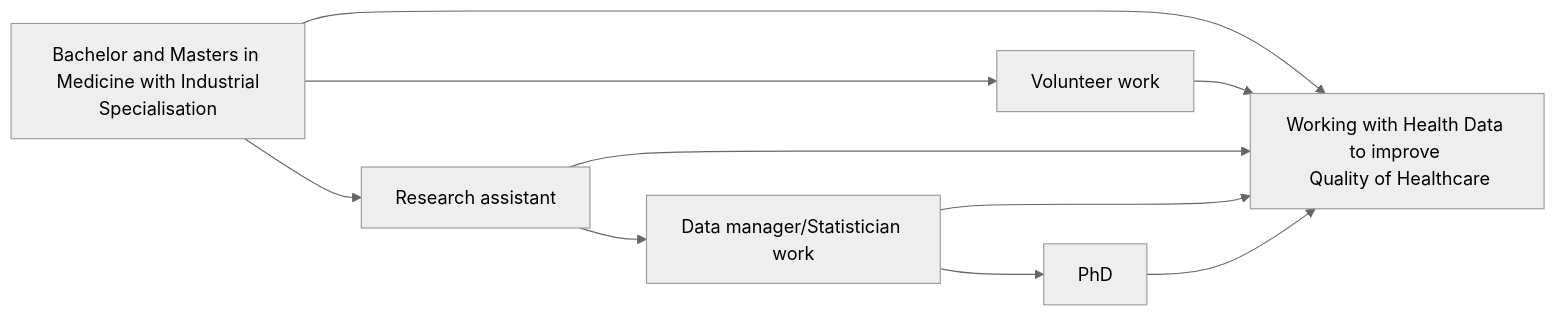
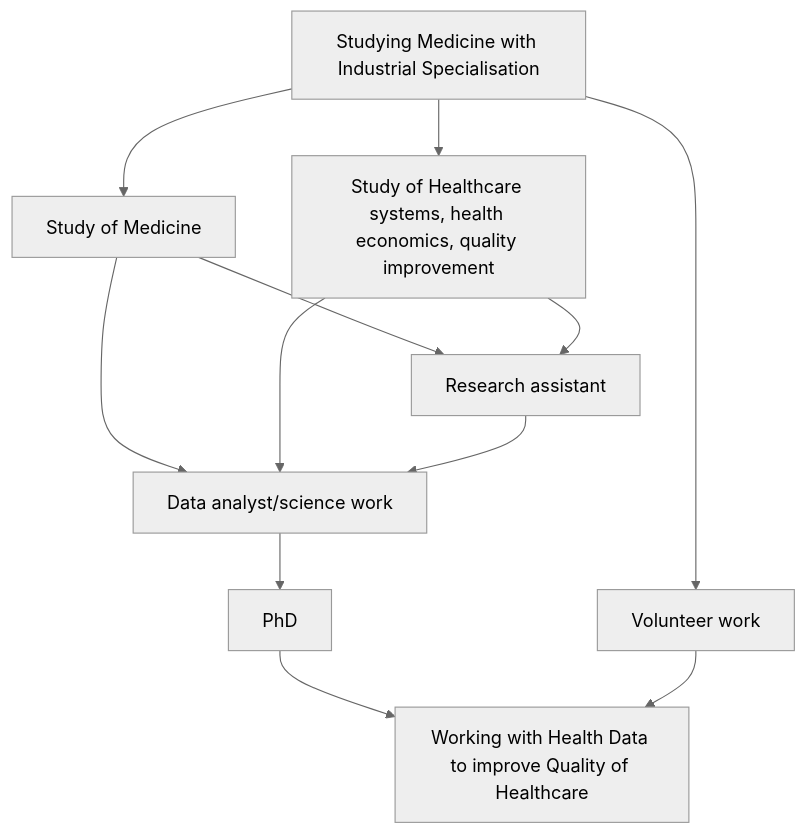
Before and after one commit to Henkevitus/publicdataprojects: the diagram in index.qmd, drawn with Mermaid (neutral theme). The commit also changed 1 other file, not shown here.

Commit message:
pdf nowwork should

````diff
--- a/index.qmd
+++ b/index.qmd
@@ -14,22 +14,26 @@
 ```{mermaid}
 %%| fig-label: YAY
-flowchart LR
-  A[Bachelor and Masters in <br/> Medicine with Industrial Specialisation]
+flowchart TB
+  A[Studying Medicine with Industrial Specialisation]
+  A2[Study of Medicine]
+  A3[Study of Healthcare systems, health economics, quality improvement]
   B[Volunteer work]
   C[Research assistant]
-  D[Data manager/Statistician work]
+  D[Data analyst/science work]
   E[PhD]
-  F[Working with Health Data to improve <br/> Quality of Healthcare]
+  F[Working with Health Data <br/>to improve Quality of Healthcare]
 
   A --> B
-  A --> C
+  A --> A2
+  A --> A3
+  A2 --> C
+  A3 --> C
+  A2 --> D
+  A3 --> D
   C --> D
   D --> E
 
-  A --> F
+  E --> F
   B --> F
-  C --> F
-  D --> F
-  E --> F
 
 ```
````
